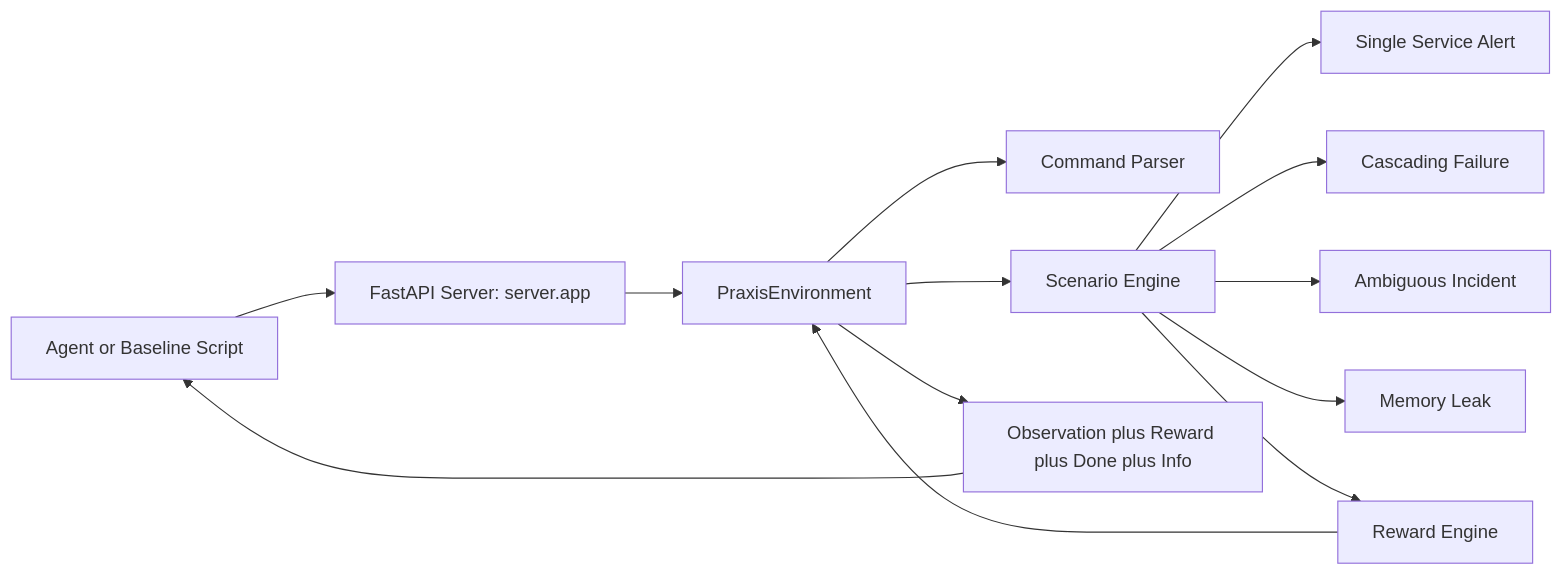
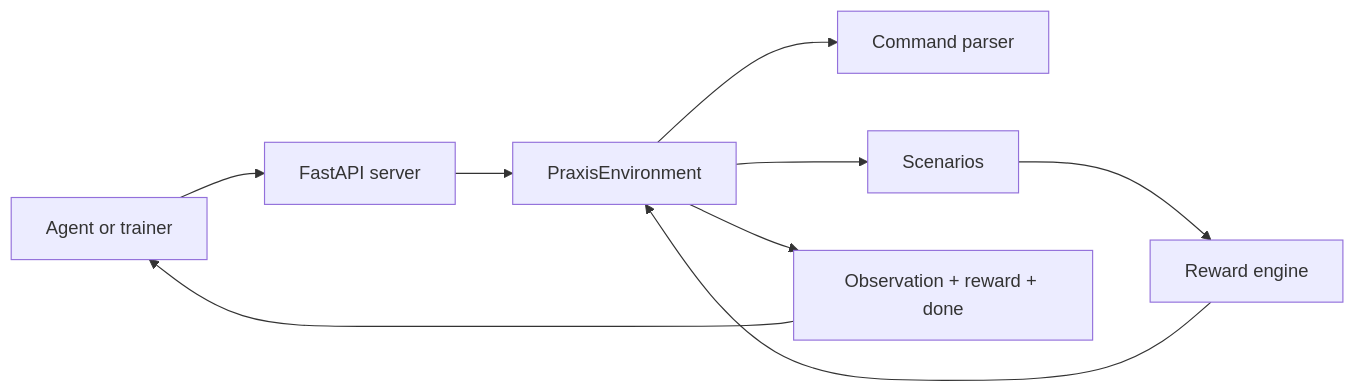
One commit to GunaPalanivel/Praxis changed the diagram in README.md. Above: the diagram before and after it, drawn with Mermaid. The commit also changed other lines of this file and 1 other file, not shown here.

````diff
--- a/README.md
+++ b/README.md
@@ -159,15 +131,11 @@
 ```mermaid
 flowchart LR
-    A[Agent or Baseline Script] --> B[FastAPI Server: server.app]
+    A[Agent or trainer] --> B[FastAPI server]
     B --> C[PraxisEnvironment]
-    C --> D[Command Parser]
-    C --> E[Scenario Engine]
-    E --> F[Single Service Alert]
-    E --> G[Cascading Failure]
-    E --> H[Ambiguous Incident]
-    E --> K[Memory Leak]
-    E --> I[Reward Engine]
-    I --> C
-    C --> J[Observation plus Reward plus Done plus Info]
-    J --> A
+    C --> D[Command parser]
+    C --> E[Scenarios]
+    E --> F[Reward engine]
+    F --> C
+    C --> G[Observation + reward + done]
+    G --> A
 ```
````
